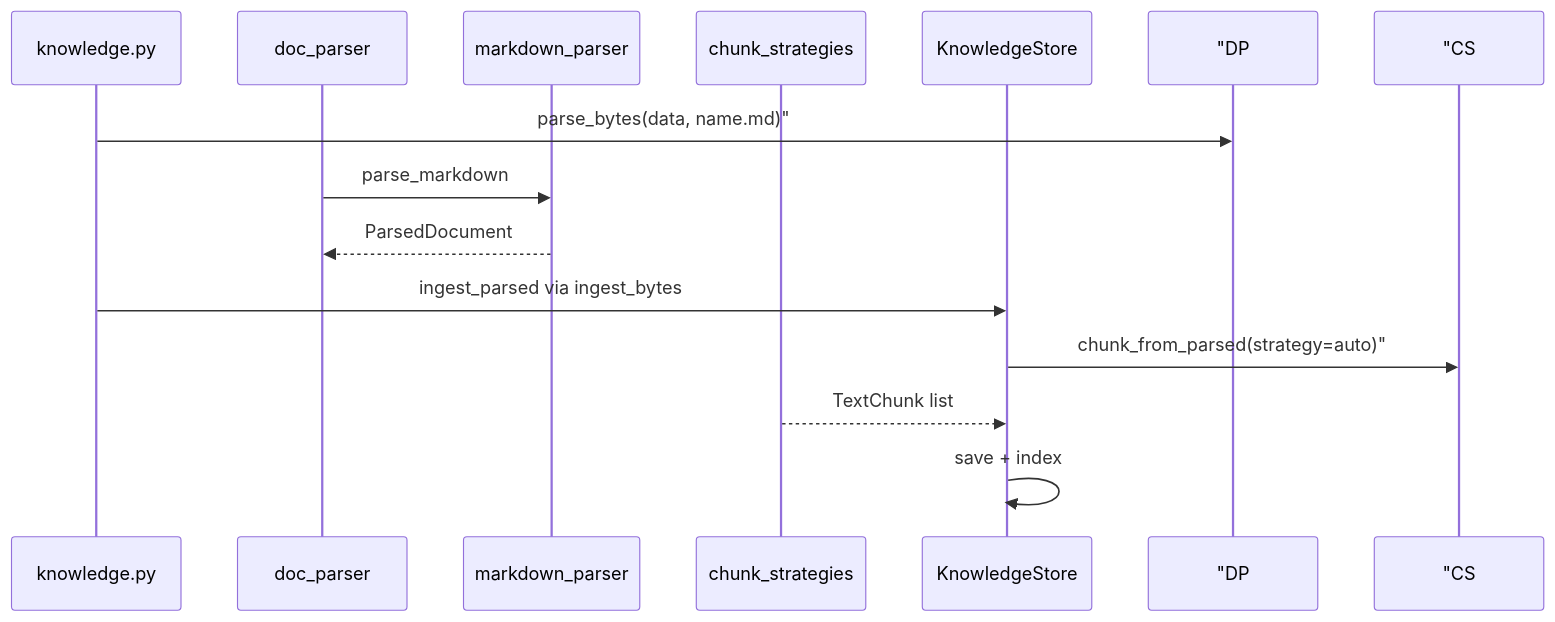
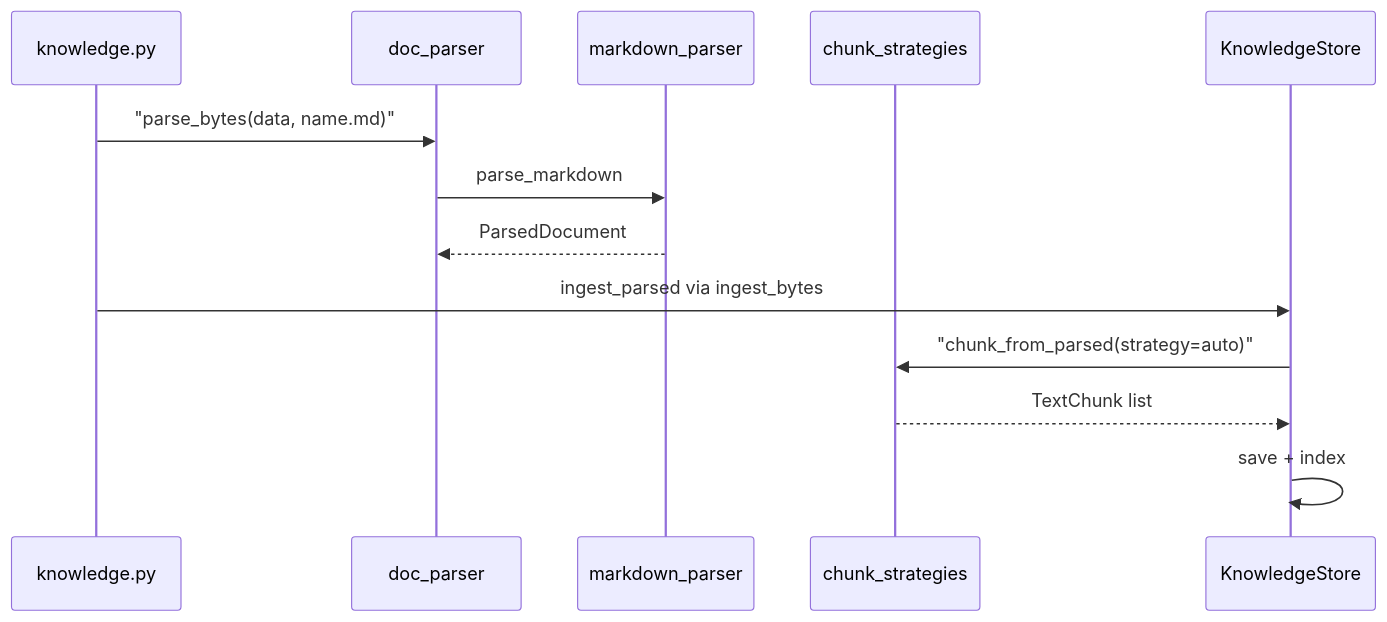
One commit to ab6539763/70_days_course_plus changed the first of 2 diagrams in course/day26/04_流程图与示意图.md. Above: the diagram before and after it, drawn with Mermaid. The commit also changed 80 other files, not shown here.

First line of the commit message:
fix(course): 修复 Mermaid 图表渲染报错 + 同步嵌入代码快照

````diff
--- a/course/day26/04_流程图与示意图.md
+++ b/course/day26/04_流程图与示意图.md
@@ -3,16 +3,16 @@
 ```mermaid
 sequenceDiagram
     participant API as knowledge.py
     participant DP as doc_parser
     participant MP as markdown_parser
     participant CS as chunk_strategies
     participant KS as KnowledgeStore
 
-    API->> "DP: parse_bytes(data, name.md)"
+    API->>DP: "parse_bytes(data, name.md)"
     DP->>MP: parse_markdown
     MP-->>DP: ParsedDocument
     API->>KS: ingest_parsed via ingest_bytes
-    KS->> "CS: chunk_from_parsed(strategy=auto)"
+    KS->>CS: "chunk_from_parsed(strategy=auto)"
     CS-->>KS: TextChunk list
     KS->>KS: save + index
 ```
````
